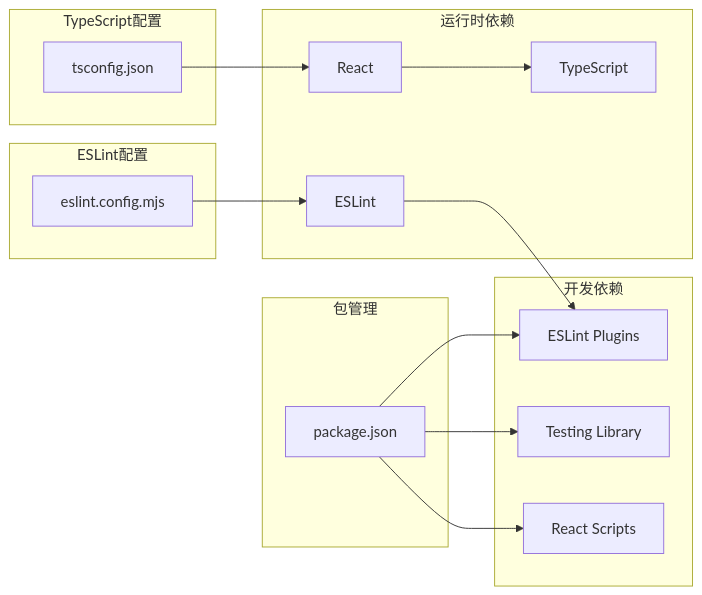
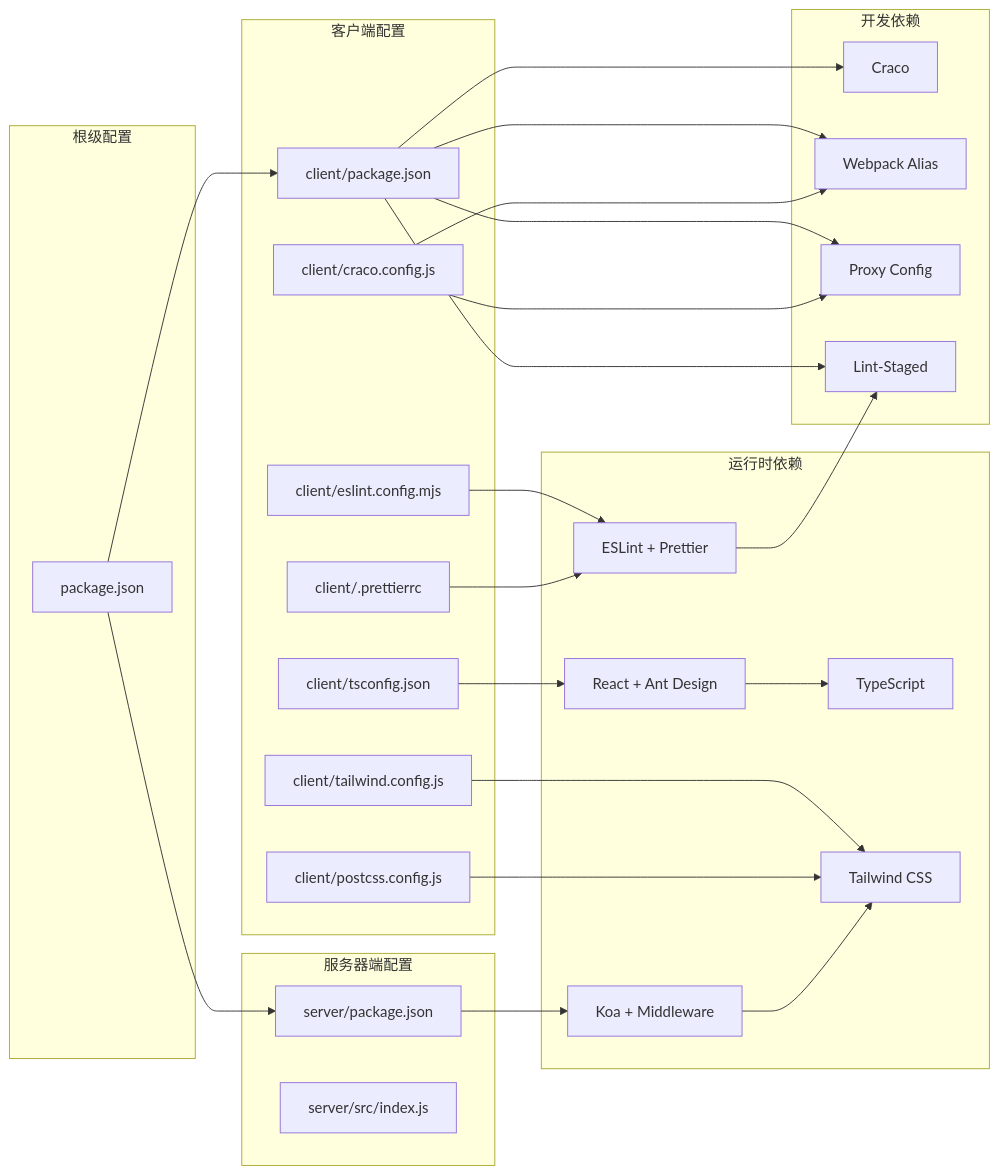
The fifth of 5 diagrams in .qoder/repowiki/zh/content/项目结构/配置文件详解.md (kkxxll/reactNext), drawn with Mermaid before and after one commit. The commit also changed other lines of this file and 12 other files, not shown here.

````diff
--- a/.qoder/repowiki/zh/content/项目结构/配置文件详解.md
+++ b/.qoder/repowiki/zh/content/项目结构/配置文件详解.md
@@ -282,29 +490,49 @@
 ```mermaid
 graph LR
-subgraph "TypeScript配置"
-A[tsconfig.json]
+subgraph "客户端配置"
+A[client/package.json]
+B[client/craco.config.js]
+C[client/tsconfig.json]
+D[client/eslint.config.mjs]
+E[client/tailwind.config.js]
+F[client/postcss.config.js]
+G[client/.prettierrc]
 end
-subgraph "ESLint配置"
-B[eslint.config.mjs]
+subgraph "服务器端配置"
+H[server/package.json]
+I[server/src/index.js]
 end
-subgraph "包管理"
-C[package.json]
+subgraph "根级配置"
+J[package.json]
 end
 subgraph "运行时依赖"
-D[React]
-E[TypeScript]
-F[ESLint]
+K[React + Ant Design]
+L[TypeScript]
+M[ESLint + Prettier]
+N[Koa + Middleware]
+O[Tailwind CSS]
 end
 subgraph "开发依赖"
-G[React Scripts]
-H[Testing Library]
-I[ESLint Plugins]
+P[Craco]
+Q[Webpack Alias]
+R[Proxy Config]
+S[Lint-Staged]
 end
-A --> D
-B --> F
-C --> G
-C --> H
-C --> I
-D --> E
-F --> I
+J --> A
+J --> H
+A --> P
+A --> Q
+A --> R
+A --> S
+B --> Q
+B --> R
+C --> K
+D --> M
+E --> O
+F --> O
+G --> M
+H --> N
+K --> L
+M --> S
+N --> O
 ```
````
